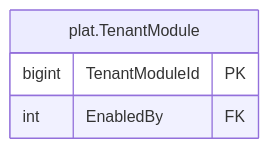
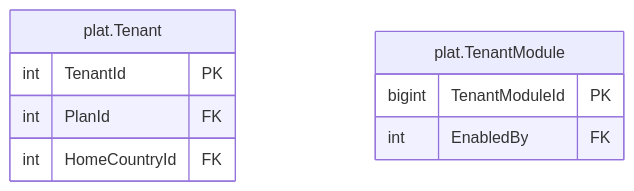
One commit to thawrasy/smartlines changed the diagram in treasury-platform/docs/diagrams/erd/m0_tenancy_3.mmd. Above: the diagram before and after it, drawn with Mermaid. The commit also changed 183 other files, not shown here.

```diff
--- a/treasury-platform/docs/diagrams/erd/m0_tenancy_3.mmd
+++ b/treasury-platform/docs/diagrams/erd/m0_tenancy_3.mmd
@@ -1,6 +1,11 @@
 %% م0 · المشترك والاشتراكات والمشغّلون (3/3) — Tenancy & platform operators
 erDiagram
+  plat_Tenant["plat.Tenant"] {
+    int TenantId PK
+    int PlanId FK
+    int HomeCountryId FK
+  }
   plat_TenantModule["plat.TenantModule"] {
     bigint TenantModuleId PK
     int EnabledBy FK
   }
```
